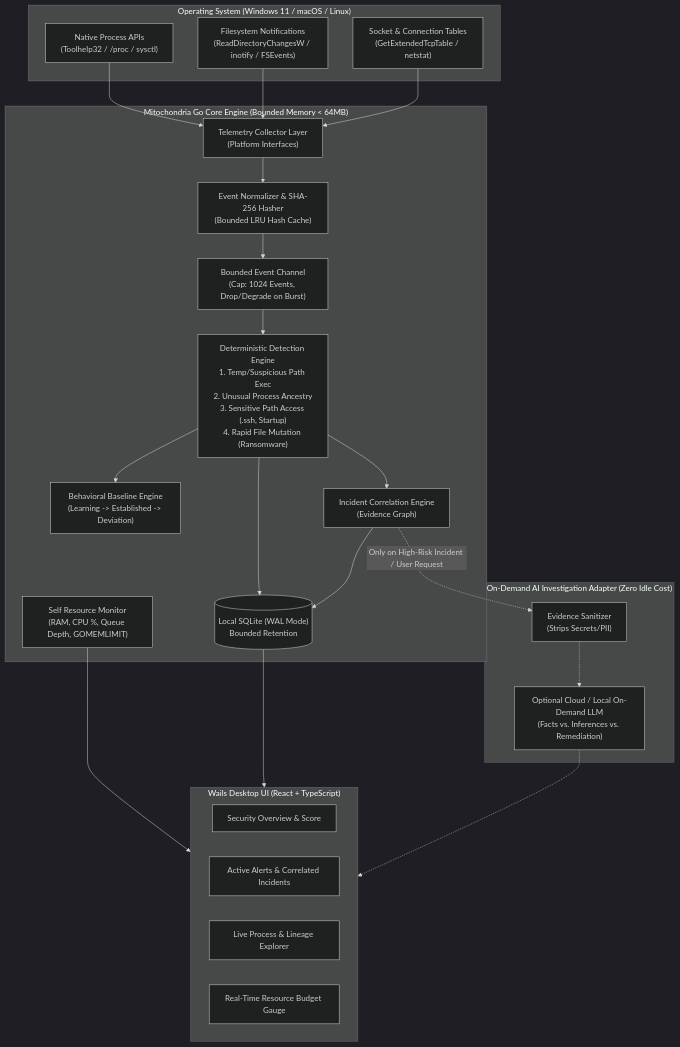
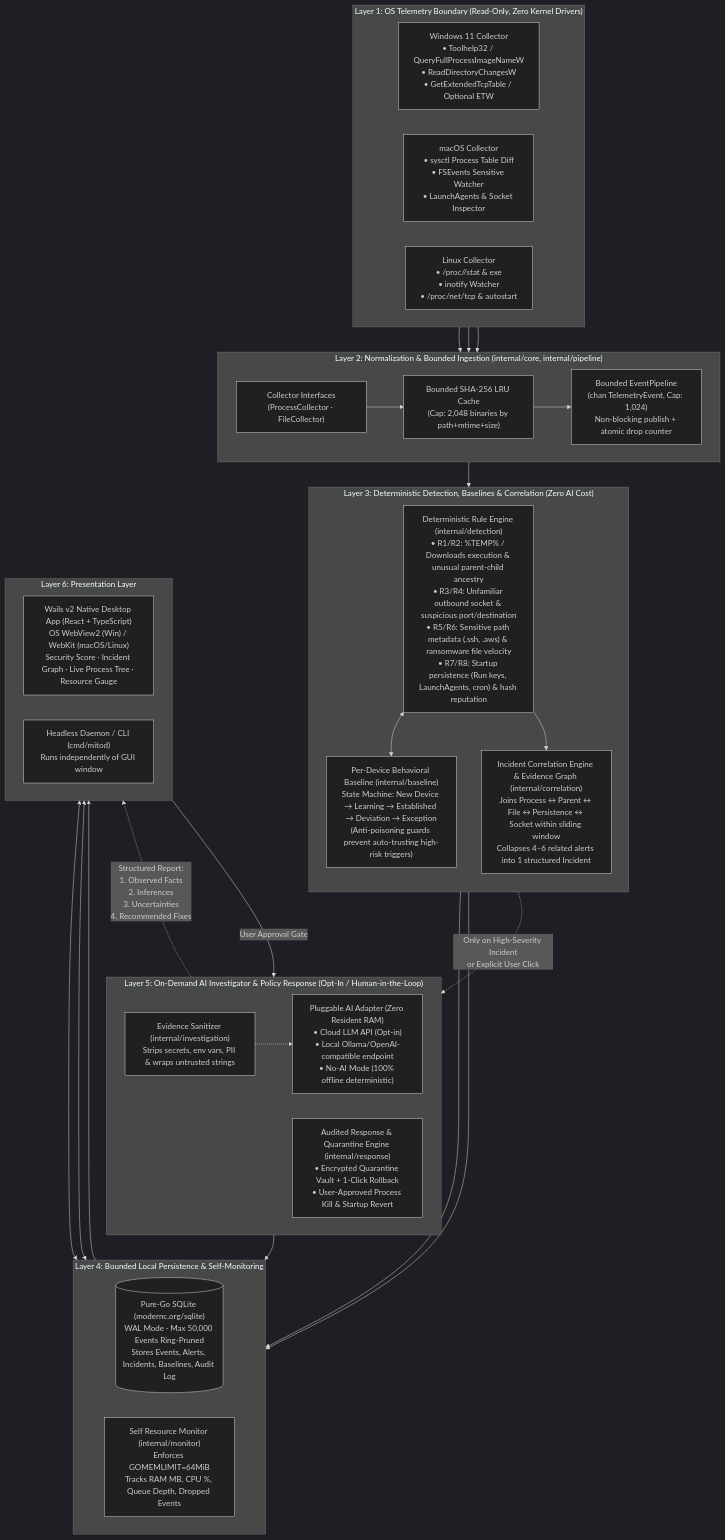
Before and after one commit to ajaykauthale1/mitochondria: the first of 2 diagrams in docs/ARCHITECTURE.md, drawn with Mermaid (dark theme). The commit also changed other lines of this file and 1 other file, not shown here.

Commit message:
docs: add detailed layered architecture diagrams and ADR technology choices matrix

````diff
--- a/docs/ARCHITECTURE.md
+++ b/docs/ARCHITECTURE.md
@@ -34,48 +9,58 @@
 ```mermaid
-flowchart TD
-    subgraph OS["Operating System (Windows 11 / macOS / Linux)"]
-        ProcAPI["Native Process APIs\n(Toolhelp32 / /proc / sysctl)"]
-        FSAPI["Filesystem Notifications\n(ReadDirectoryChangesW / inotify / FSEvents)"]
-        NetAPI["Socket & Connection Tables\n(GetExtendedTcpTable / netstat)"]
+flowchart TB
+    subgraph L1["Layer 1: OS Telemetry Boundary (Read-Only, Zero Kernel Drivers)"]
+        direction LR
+        Win["Windows 11 Collector\n• Toolhelp32 / QueryFullProcessImageNameW\n• ReadDirectoryChangesW\n• GetExtendedTcpTable / Optional ETW"]
+        Mac["macOS Collector\n• sysctl Process Table Diff\n• FSEvents Sensitive Watcher\n• LaunchAgents & Socket Inspector"]
+        Lin["Linux Collector\n• /proc/<pid>/stat & exe\n• inotify Watcher\n• /proc/net/tcp & autostart"]
     end
 
-    subgraph Daemon["Mitochondria Go Core Engine (Bounded Memory < 64MB)"]
-        Collector["Telemetry Collector Layer\n(Platform Interfaces)"]
-        Norm["Event Normalizer & SHA-256 Hasher\n(Bounded LRU Hash Cache)"]
-        RingBuf["Bounded Event Channel\n(Cap: 1024 Events, Drop/Degrade on Burst)"]
-        
-        Det["Deterministic Detection Engine\n1. Temp/Suspicious Path Exec\n2. Unusual Process Ancestry\n3. Sensitive Path Access (.ssh, Startup)\n4. Rapid File Mutation (Ransomware)"]
-        Base["Behavioral Baseline Engine\n(Learning -> Established -> Deviation)"]
-        Corr["Incident Correlation Engine\n(Evidence Graph)"]
-        SelfMon["Self Resource Monitor\n(RAM, CPU %, Queue Depth, GOMEMLIMIT)"]
-        DB[("Local SQLite (WAL Mode)\nBounded Retention")]
+    subgraph L2["Layer 2: Normalization & Bounded Ingestion (internal/core, internal/pipeline)"]
+        direction LR
+        Iface["Collector Interfaces\n(ProcessCollector · FileCollector)"]
+        HashLRU["Bounded SHA-256 LRU Cache\n(Cap: 2,048 binaries by path+mtime+size)"]
+        Ring["Bounded EventPipeline\n(chan TelemetryEvent, Cap: 1,024)\nNon-blocking publish + atomic drop counter"]
     end
 
-    subgraph AI["On-Demand AI Investigation Adapter (Zero Idle Cost)"]
-        Sanitizer["Evidence Sanitizer\n(Strips Secrets/PII)"]
-        LLM["Optional Cloud / Local On-Demand LLM\n(Facts vs. Inferences vs. Remediation)"]
+    subgraph L3["Layer 3: Deterministic Detection, Baselines & Correlation (Zero AI Cost)"]
+        direction TB
+        Rules["Deterministic Rule Engine (internal/detection)\n• R1/R2: %TEMP% / Downloads execution & unusual parent-child ancestry\n• R3/R4: Unfamiliar outbound socket & suspicious port/destination\n• R5/R6: Sensitive path metadata (.ssh, .aws) & ransomware file velocity\n• R7/R8: Startup persistence (Run keys, LaunchAgents, cron) & hash reputation"]
+        Baseline["Per-Device Behavioral Baseline (internal/baseline)\nState Machine: New Device → Learning → Established → Deviation → Exception\n(Anti-poisoning guards prevent auto-trusting high-risk triggers)"]
+        Correlator["Incident Correlation Engine & Evidence Graph (internal/correlation)\nJoins Process ↔ Parent ↔ File ↔ Persistence ↔ Socket within sliding window\nCollapses 4–6 related alerts into 1 structured Incident"]
     end
 
-    subgraph UI["Wails Desktop UI (React + TypeScript)"]
-        Dash["Security Overview & Score"]
-        IncView["Active Alerts & Correlated Incidents"]
-        ProcView["Live Process & Lineage Explorer"]
-        ResView["Real-Time Resource Budget Gauge"]
+    subgraph L4["Layer 4: Bounded Local Persistence & Self-Monitoring"]
+        direction LR
+        SQLite[("Pure-Go SQLite (modernc.org/sqlite)\nWAL Mode · Max 50,000 Events Ring-Pruned\nStores Events, Alerts, Incidents, Baselines, Audit Log")]
+        SelfMon["Self Resource Monitor (internal/monitor)\nEnforces GOMEMLIMIT=64MiB\nTracks RAM MB, CPU %, Queue Depth, Dropped Events"]
     end
 
-    ProcAPI --> Collector
-    FSAPI --> Collector
-    NetAPI --> Collector
-    Collector --> Norm
-    Norm --> RingBuf
-    RingBuf --> Det
-    Det --> Base
-    Det --> Corr
-    Det --> DB
-    Corr --> DB
-    SelfMon --> UI
-    DB --> UI
-    Corr -. "Only on High-Risk Incident / User Request" .-> Sanitizer
-    Sanitizer -.-> LLM
-    LLM -.-> UI
+    subgraph L5["Layer 5: On-Demand AI Investigator & Policy Response (Opt-In / Human-in-the-Loop)"]
+        direction LR
+        Sanitizer["Evidence Sanitizer (internal/investigation)\nStrips secrets, env vars, PII & wraps untrusted strings"]
+        AIAdapter["Pluggable AI Adapter (Zero Resident RAM)\n• Cloud LLM API (Opt-in)\n• Local Ollama/OpenAI-compatible endpoint\n• No-AI Mode (100% offline deterministic)"]
+        Response["Audited Response & Quarantine Engine (internal/response)\n• Encrypted Quarantine Vault + 1-Click Rollback\n• User-Approved Process Kill & Startup Revert"]
+    end
+
+    subgraph L6["Layer 6: Presentation Layer"]
+        direction LR
+        WailsUI["Wails v2 Native Desktop App (React + TypeScript)\nOS WebView2 (Win) / WebKit (macOS/Linux)\nSecurity Score · Incident Graph · Live Process Tree · Resource Gauge"]
+        CLI["Headless Daemon / CLI (cmd/mitod)\nRuns independently of GUI window"]
+    end
+
+    Win & Mac & Lin --> Iface
+    Iface --> HashLRU --> Ring
+    Ring --> Rules
+    Rules <--> Baseline
+    Rules --> Correlator
+    Rules --> SQLite
+    Correlator --> SQLite
+    SelfMon --> WailsUI
+    SQLite <--> WailsUI
+    SQLite <--> CLI
+    Correlator -. "Only on High-Severity Incident\nor Explicit User Click" .-> Sanitizer
+    Sanitizer -.-> AIAdapter
+    AIAdapter -. "Structured Report:\n1. Observed Facts\n2. Inferences\n3. Uncertainties\n4. Recommended Fixes" .-> WailsUI
+    WailsUI -- "User Approval Gate" --> Response
+    Response --> SQLite
 ```
````
